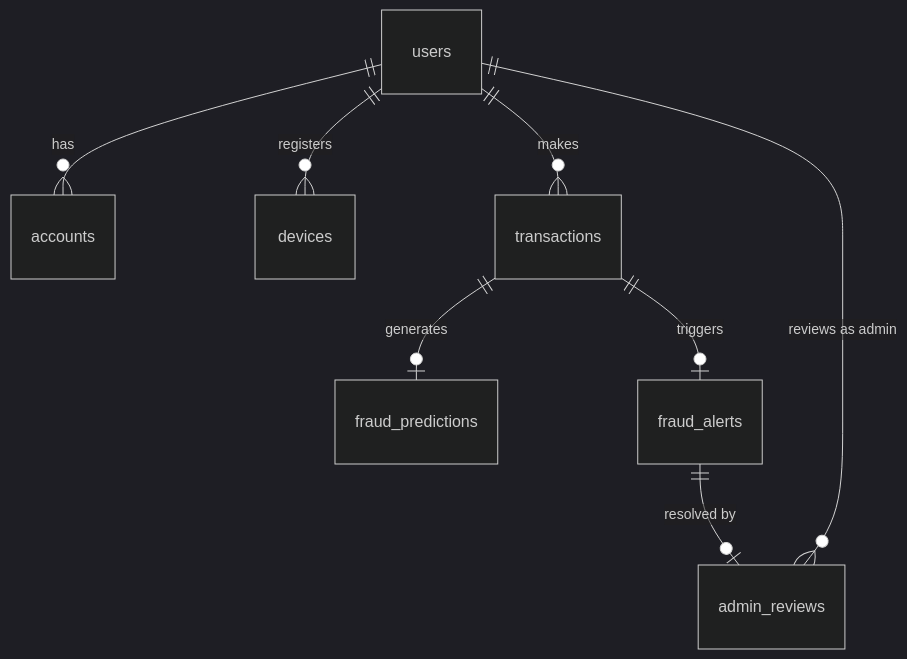
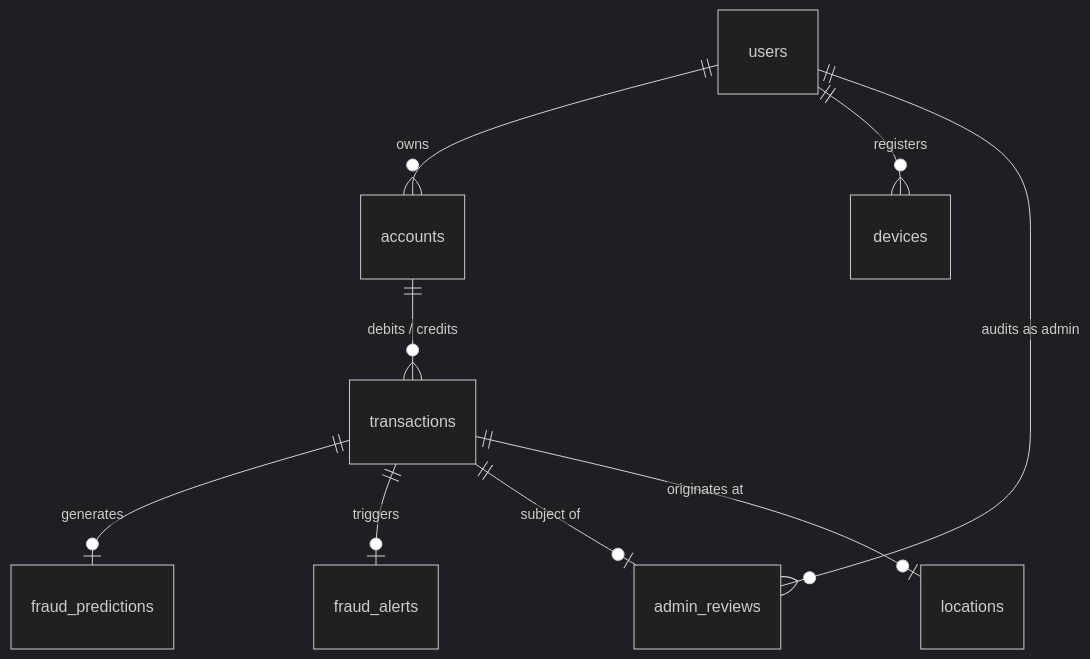
The second of 2 diagrams in README.md (raghav12344/TrustPay), drawn with Mermaid (dark theme) before and after one commit. The commit also changed other lines of this file and 14 other files, not shown here.

````diff
--- a/README.md
+++ b/README.md
@@ -173,10 +189,11 @@
 ```mermaid
 erDiagram
-    users ||--o{ accounts : has
-    users ||--o{ devices : registers
-    users ||--o{ transactions : makes
-    users ||--o{ admin_reviews : "reviews as admin"
-    transactions ||--o| fraud_predictions : generates
-    transactions ||--o| fraud_alerts : triggers
-    fraud_alerts ||--o| admin_reviews : "resolved by"
+    users ||--o{ accounts : "owns"
+    users ||--o{ devices : "registers"
+    users ||--o{ admin_reviews : "audits as admin"
+    accounts ||--o{ transactions : "debits / credits"
+    transactions ||--o| fraud_predictions : "generates"
+    transactions ||--o| fraud_alerts : "triggers"
+    transactions ||--o| admin_reviews : "subject of"
+    transactions ||--o| locations : "originates at"
 ```
````
